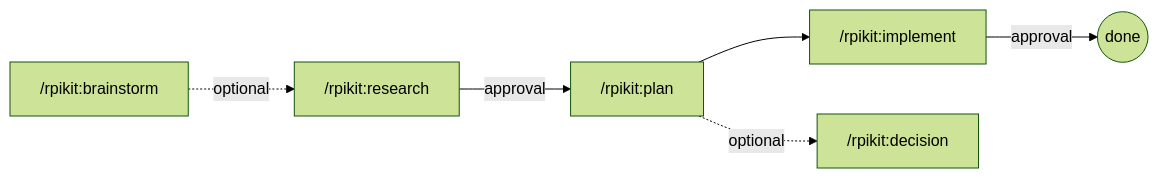
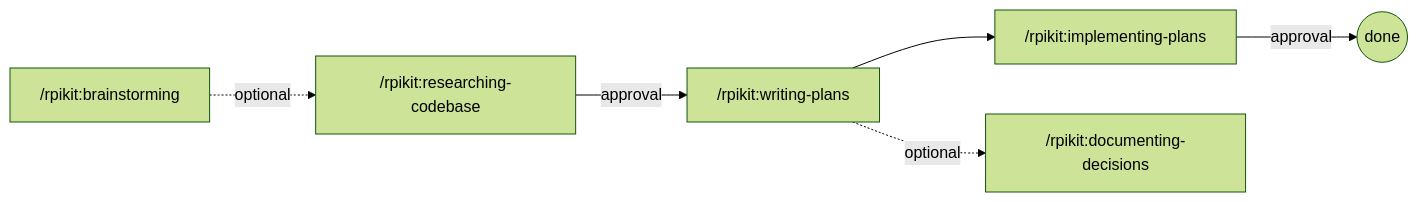
One commit to bostonaholic/rpikit changed the second of 2 diagrams in README.md. Above: the diagram before and after it, drawn with Mermaid (forest theme). The commit also changed other lines of this file and 17 other files, not shown here.

````diff
--- a/README.md
+++ b/README.md
@@ -57,8 +57,8 @@
 ```mermaid
 flowchart LR
-    brainstorm["/rpikit:brainstorm"] -.->|optional| research["/rpikit:research"]
-    research -->|approval| plan["/rpikit:plan"]
-    plan --> implement["/rpikit:implement"]
-    plan -.->|optional| decision["/rpikit:decision"]
+    brainstorm["/rpikit:brainstorming"] -.->|optional| research["/rpikit:researching-codebase"]
+    research -->|approval| plan["/rpikit:writing-plans"]
+    plan --> implement["/rpikit:implementing-plans"]
+    plan -.->|optional| decision["/rpikit:documenting-decisions"]
     implement -->|approval| done((done))
 ```
````
